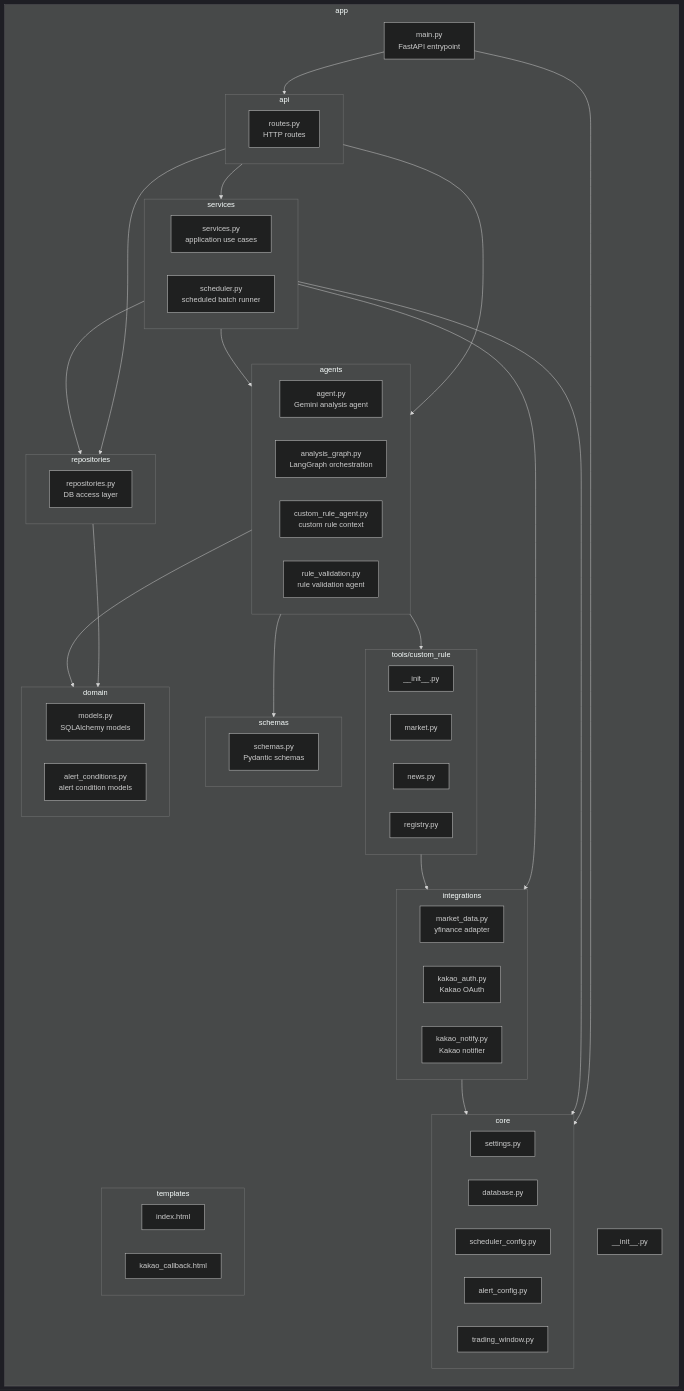
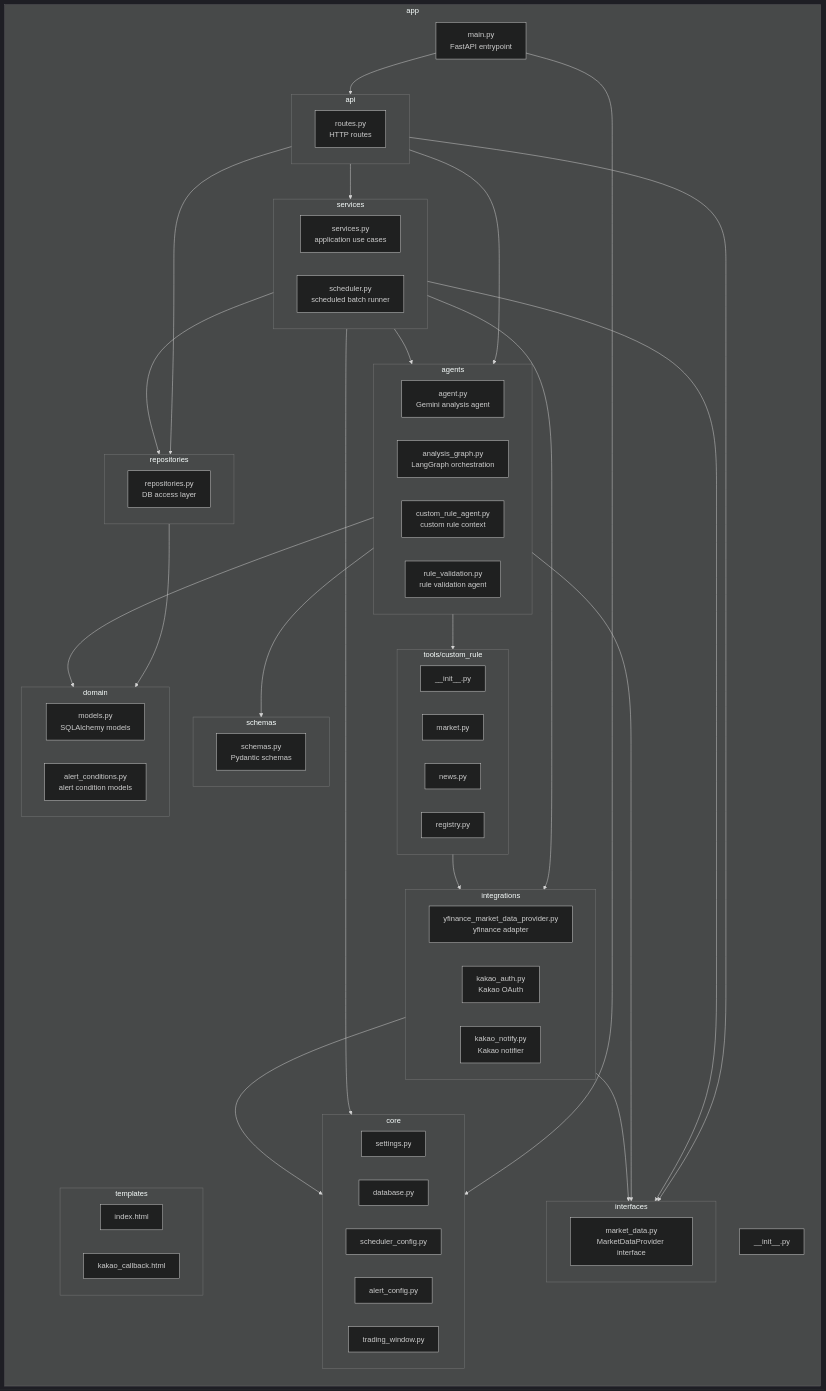
The diagram in docs/app_structure_refactoring_plan.md (PhilPark-geosr/stock-agent), drawn with Mermaid (dark theme) before and after one commit. The commit also changed other lines of this file and 9 other files, not shown here.

Commit message:
refactor: split market data provider interface

````diff
--- a/docs/app_structure_refactoring_plan.md
+++ b/docs/app_structure_refactoring_plan.md
@@ -45,6 +45,10 @@
       SCHEMAS_FILE["schemas.py<br/>Pydantic schemas"]
     end
 
+    subgraph INTERFACES["interfaces"]
+      MARKET_DATA_INTERFACE["market_data.py<br/>MarketDataProvider interface"]
+    end
+
     subgraph REPOSITORIES["repositories"]
       REPOSITORIES_FILE["repositories.py<br/>DB access layer"]
     end
@@ -62,7 +66,7 @@
     end
 
     subgraph INTEGRATIONS["integrations"]
-      MARKET_DATA["market_data.py<br/>yfinance adapter"]
+      MARKET_DATA["yfinance_market_data_provider.py<br/>yfinance adapter"]
       KAKAO_AUTH["kakao_auth.py<br/>Kakao OAuth"]
       KAKAO_NOTIFY["kakao_notify.py<br/>Kakao notifier"]
     end
@@ -85,14 +89,18 @@
   API --> SERVICES
   API --> AGENTS
   API --> REPOSITORIES
+  API --> INTERFACES
   SERVICES --> REPOSITORIES
   SERVICES --> AGENTS
+  SERVICES --> INTERFACES
   SERVICES --> INTEGRATIONS
   SERVICES --> CORE
   REPOSITORIES --> DOMAIN
   AGENTS --> DOMAIN
   AGENTS --> SCHEMAS
+  AGENTS --> INTERFACES
   AGENTS --> TOOLS
+  INTEGRATIONS --> INTERFACES
   INTEGRATIONS --> CORE
   TOOLS --> INTEGRATIONS
 ```
````
